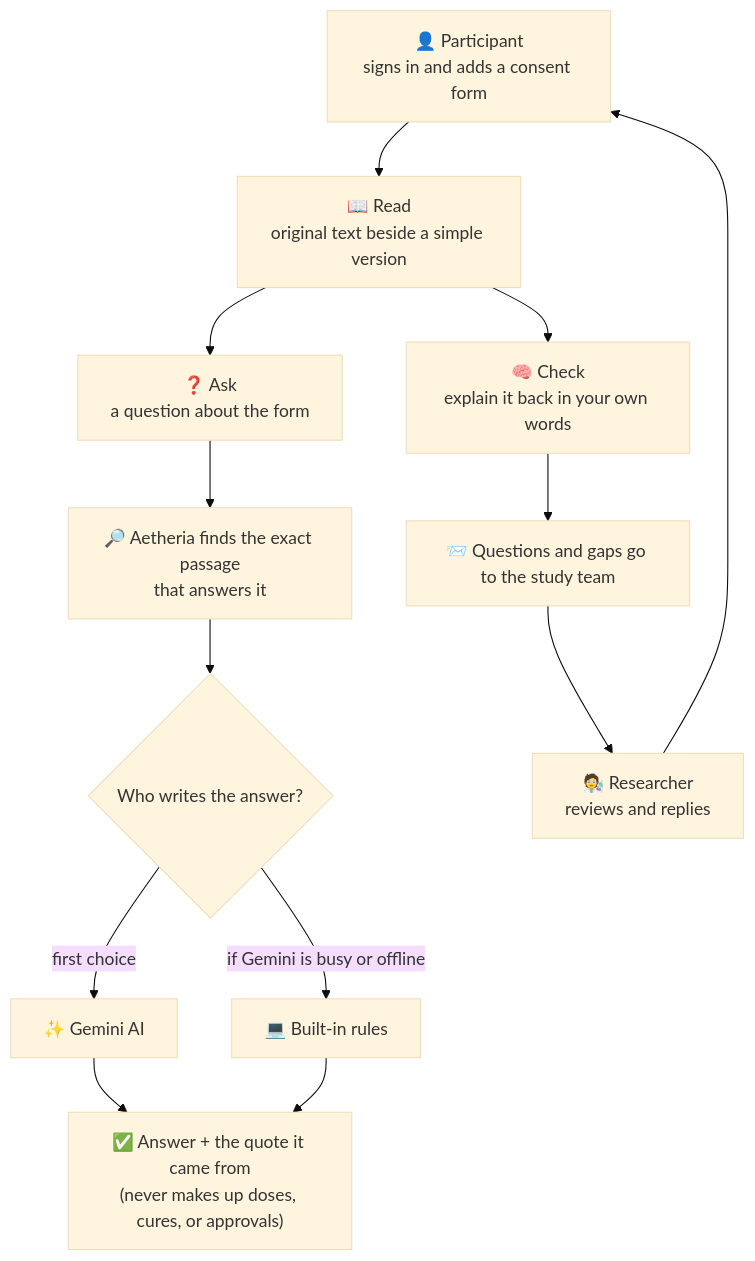
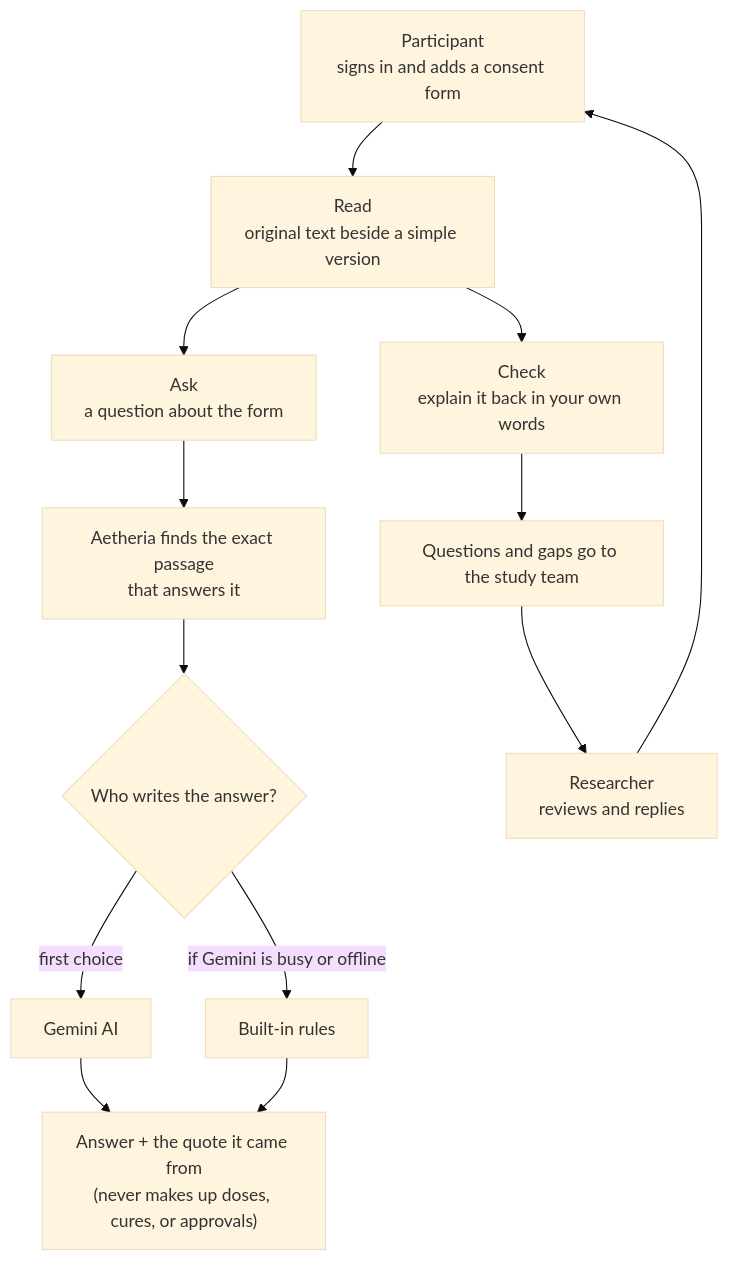
The first of 4 diagrams in README.md (AniA201/Aetheria-AniA201-pulkitc804-DecoyAvanish), drawn with Mermaid (base theme) before and after one commit.

Commit message:
Remove emojis from the README diagram

````diff
--- a/README.md
+++ b/README.md
@@ -11,15 +11,15 @@
 ```mermaid
 flowchart TD
-  You["👤 Participant<br/>signs in and adds a consent form"] --> Read["📖 Read<br/>original text beside a simple version"]
-  Read --> Ask["❓ Ask<br/>a question about the form"]
-  Ask --> Find["🔎 Aetheria finds the exact passage<br/>that answers it"]
+  You["Participant<br/>signs in and adds a consent form"] --> Read["Read<br/>original text beside a simple version"]
+  Read --> Ask["Ask<br/>a question about the form"]
+  Ask --> Find["Aetheria finds the exact passage<br/>that answers it"]
   Find --> Brain{"Who writes the answer?"}
-  Brain -->|"first choice"| Gemini["✨ Gemini AI"]
-  Brain -->|"if Gemini is busy or offline"| Local["💻 Built-in rules"]
-  Gemini --> Answer["✅ Answer + the quote it came from<br/>(never makes up doses, cures, or approvals)"]
+  Brain -->|"first choice"| Gemini["Gemini AI"]
+  Brain -->|"if Gemini is busy or offline"| Local["Built-in rules"]
+  Gemini --> Answer["Answer + the quote it came from<br/>(never makes up doses, cures, or approvals)"]
   Local --> Answer
-  Read --> Check["🧠 Check<br/>explain it back in your own words"]
-  Check --> Handoff["📨 Questions and gaps go to the study team"]
-  Handoff --> Team["🧑‍🔬 Researcher<br/>reviews and replies"]
+  Read --> Check["Check<br/>explain it back in your own words"]
+  Check --> Handoff["Questions and gaps go to the study team"]
+  Handoff --> Team["Researcher<br/>reviews and replies"]
   Team --> You
 ```
````
